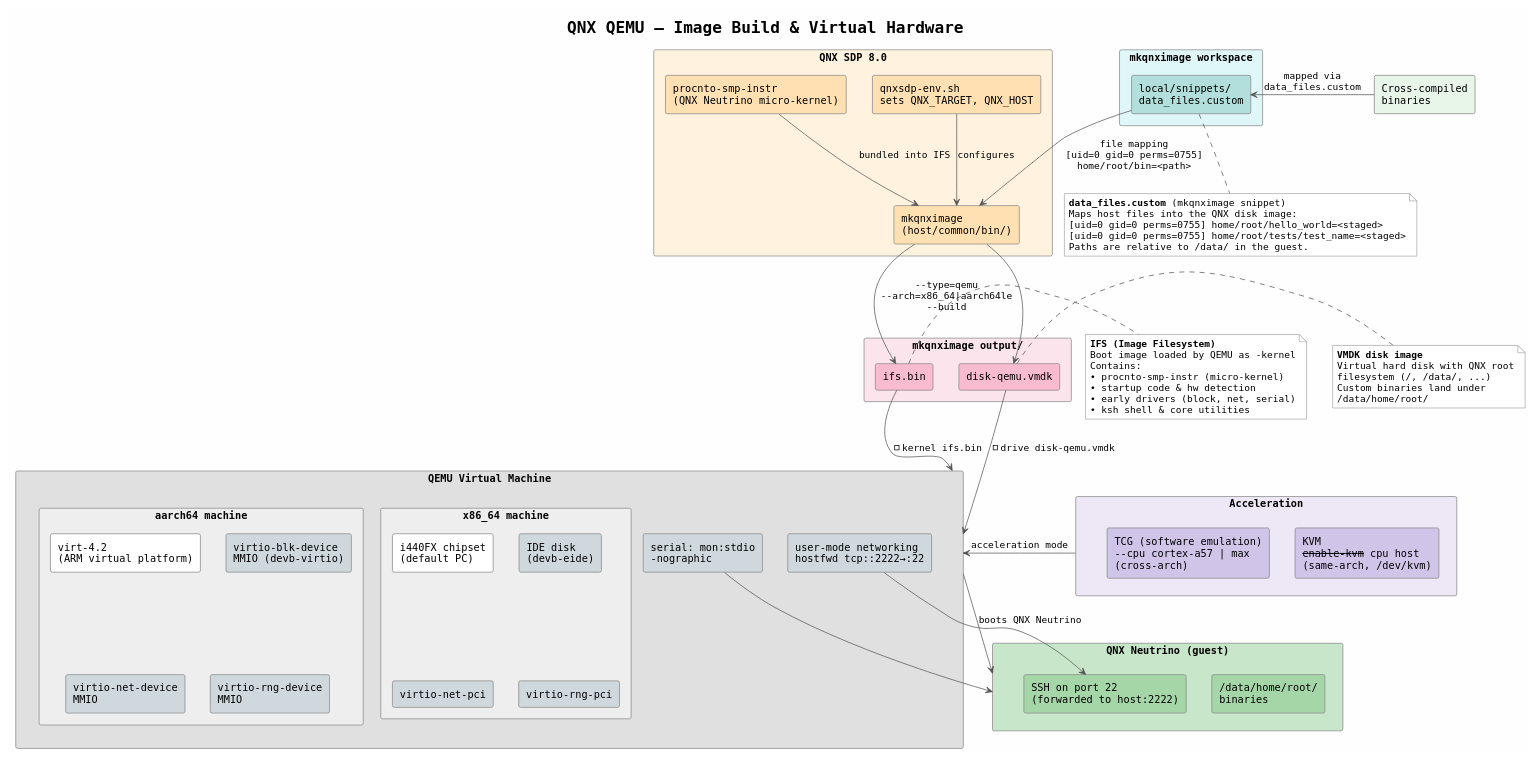
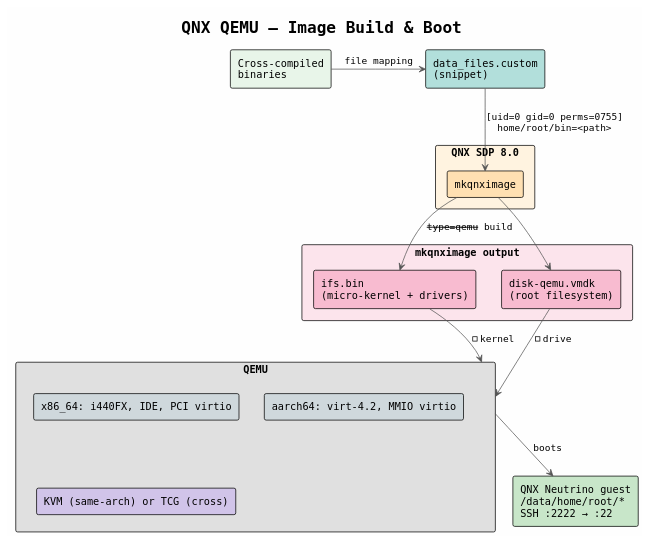
The diagram in doc/qemu/qnx_filesystem_build.puml (MasakatsuFunaki/qnx_hello_world), drawn with PlantUML before and after one commit. The commit also changed other lines of this file and 2 other files, not shown here.

```diff
--- a/doc/qemu/qnx_filesystem_build.puml
+++ b/doc/qemu/qnx_filesystem_build.puml
@@ -1,108 +1,38 @@
 @startuml qnx_filesystem_build
 !theme plain
 skinparam backgroundColor #FEFEFE
 skinparam defaultFontName Monospaced
 skinparam arrowColor #555555
-skinparam rectangleBorderColor #888888
-skinparam noteBorderColor #AAAAAA
 
-title **QNX QEMU — Image Build & Virtual Hardware**
+title **QNX QEMU — Image Build & Boot**
 
-' ── QNX SDP ──────────────────────────────────────────────
+rectangle "Cross-compiled\nbinaries" as bins #E8F5E9
+rectangle "data_files.custom\n(snippet)" as snippet #B2DFDB
+
 rectangle "QNX SDP 8.0" as sdp #FFF3E0 {
-    rectangle "qnxsdp-env.sh\nsets QNX_TARGET, QNX_HOST" as env #FFE0B2
-    rectangle "mkqnximage\n(host/common/bin/)" as mkqnx #FFE0B2
-    rectangle "procnto-smp-instr\n(QNX Neutrino micro-kernel)" as kernel #FFE0B2
+    rectangle "mkqnximage" as mkqnx #FFE0B2
 }
 
-' ── Inputs to mkqnximage ─────────────────────────────────
-rectangle "Cross-compiled\nbinaries" as bins #E8F5E9
-
-rectangle "mkqnximage workspace" as ws #E0F7FA {
-    rectangle "local/snippets/\ndata_files.custom" as snippet #B2DFDB
+rectangle "mkqnximage output" as output #FCE4EC {
+    rectangle "ifs.bin\n(micro-kernel + drivers)" as ifs #F8BBD0
+    rectangle "disk-qemu.vmdk\n(root filesystem)" as disk #F8BBD0
 }
 
-' ── mkqnximage output ────────────────────────────────────
-rectangle "mkqnximage output/" as output #FCE4EC {
-    rectangle "ifs.bin" as ifs #F8BBD0
-    rectangle "disk-qemu.vmdk" as disk #F8BBD0
+rectangle "QEMU" as qemu #E0E0E0 {
+    rectangle "x86_64: i440FX, IDE, PCI virtio" as x86 #CFD8DC
+    rectangle "aarch64: virt-4.2, MMIO virtio" as arm #CFD8DC
+    rectangle "KVM (same-arch) or TCG (cross)" as accel #D1C4E9
 }
 
-note right of ifs
-  **IFS (Image Filesystem)**
-  Boot image loaded by QEMU as -kernel
-  Contains:
-  • procnto-smp-instr (micro-kernel)
-  • startup code & hw detection
-  • early drivers (block, net, serial)
-  • ksh shell & core utilities
-end note
+rectangle "QNX Neutrino guest\n/data/home/root/*\nSSH :2222 → :22" as guest #C8E6C9
 
-note right of disk
-  **VMDK disk image**
-  Virtual hard disk with QNX root
-  filesystem (/, /data/, ...)
-  Custom binaries land under
-  /data/home/root/
-end note
-
-' ── QEMU virtual hardware ────────────────────────────────
-rectangle "QEMU Virtual Machine" as qemu #E0E0E0 {
-
-    rectangle "x86_64 machine" as x86 #EEEEEE {
-        rectangle "i440FX chipset\n(default PC)" as x86_mach
-        rectangle "IDE disk\n(devb-eide)" as x86_disk #CFD8DC
-        rectangle "virtio-net-pci" as x86_net #CFD8DC
-        rectangle "virtio-rng-pci" as x86_rng #CFD8DC
-    }
-
-    rectangle "aarch64 machine" as arm #EEEEEE {
-        rectangle "virt-4.2\n(ARM virtual platform)" as arm_mach
-        rectangle "virtio-blk-device\nMMIO (devb-virtio)" as arm_disk #CFD8DC
-        rectangle "virtio-net-device\nMMIO" as arm_net #CFD8DC
-        rectangle "virtio-rng-device\nMMIO" as arm_rng #CFD8DC
-    }
-
-    rectangle "serial: mon:stdio\n-nographic" as serial #CFD8DC
-    rectangle "user-mode networking\nhostfwd tcp::2222→:22" as usernet #CFD8DC
-}
-
-' ── Acceleration ─────────────────────────────────────────
-rectangle "Acceleration" as accel #EDE7F6 {
-    rectangle "KVM\n--enable-kvm --cpu host\n(same-arch, /dev/kvm)" as kvm #D1C4E9
-    rectangle "TCG (software emulation)\n--cpu cortex-a57 | max\n(cross-arch)" as tcg #D1C4E9
-}
-
-' ── QNX guest ────────────────────────────────────────────
-rectangle "QNX Neutrino (guest)" as guest #C8E6C9 {
-    rectangle "/data/home/root/\nbinaries" as guest_bin #A5D6A7
-    rectangle "SSH on port 22\n(forwarded to host:2222)" as guest_ssh #A5D6A7
-}
-
-' ── Flow arrows ──────────────────────────────────────────
-env -down-> mkqnx : "configures"
-bins -right-> snippet : "mapped via\ndata_files.custom"
-snippet -down-> mkqnx : "file mapping\n[uid=0 gid=0 perms=0755]\nhome/root/bin=<path>"
-kernel -down-> mkqnx : "bundled into IFS"
-
-mkqnx -down-> ifs : "--type=qemu\n--arch=x86_64|aarch64le\n--build"
+' ── Flow ─────────────────────────────────────────────────
+bins -right-> snippet : "file mapping"
+snippet -down-> mkqnx : "[uid=0 gid=0 perms=0755]\nhome/root/bin=<path>"
+mkqnx -down-> ifs : "--type=qemu --build"
 mkqnx -down-> disk
-
-ifs -down-> qemu : "-kernel ifs.bin"
-disk -down-> qemu : "-drive disk-qemu.vmdk"
-
-accel -right-> qemu : "acceleration mode"
-usernet -down-> guest_ssh
-serial -down-> guest
-
-qemu -down-> guest : "boots QNX Neutrino"
-
-note bottom of snippet
-  **data_files.custom** (mkqnximage snippet)
-  Maps host files into the QNX disk image:
-  [uid=0 gid=0 perms=0755] home/root/hello_world=<staged>
-  [uid=0 gid=0 perms=0755] home/root/tests/test_name=<staged>
-  Paths are relative to /data/ in the guest.
-end note
+ifs -down-> qemu : "-kernel"
+disk -down-> qemu : "-drive"
+qemu -down-> guest : "boots"
 
 @enduml
```
